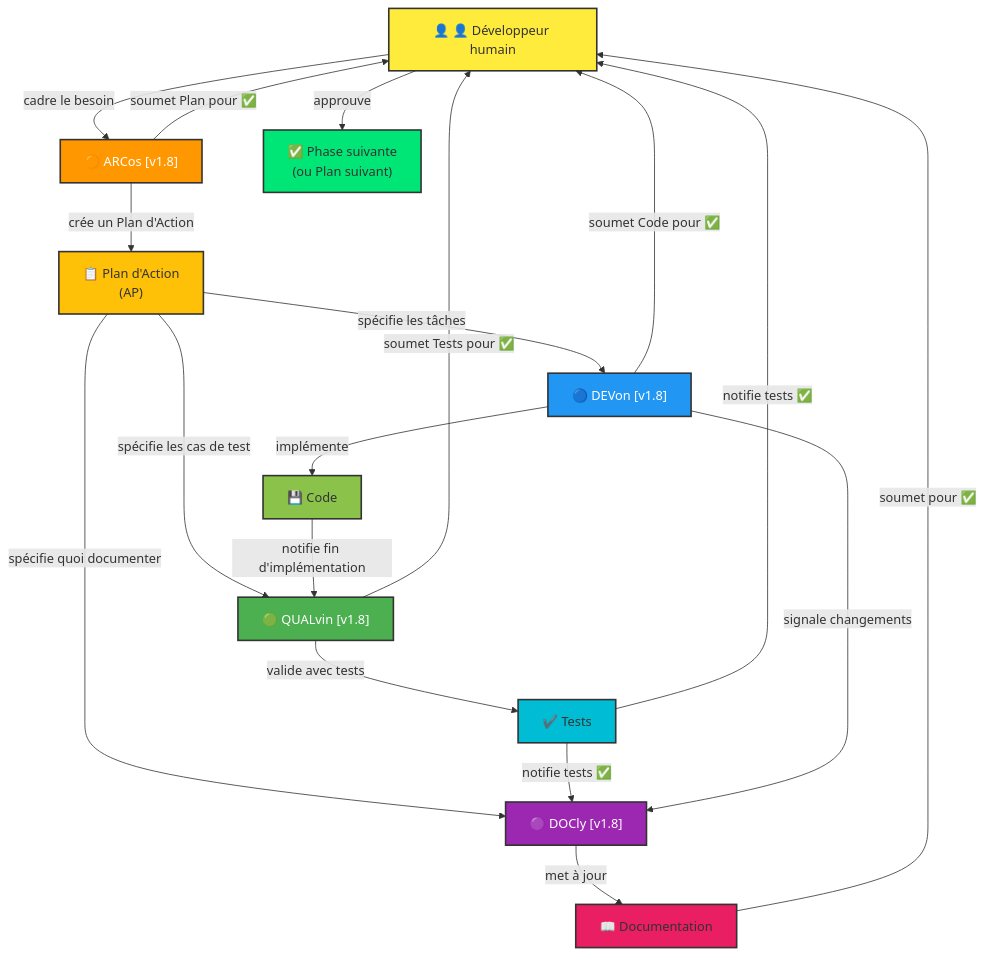
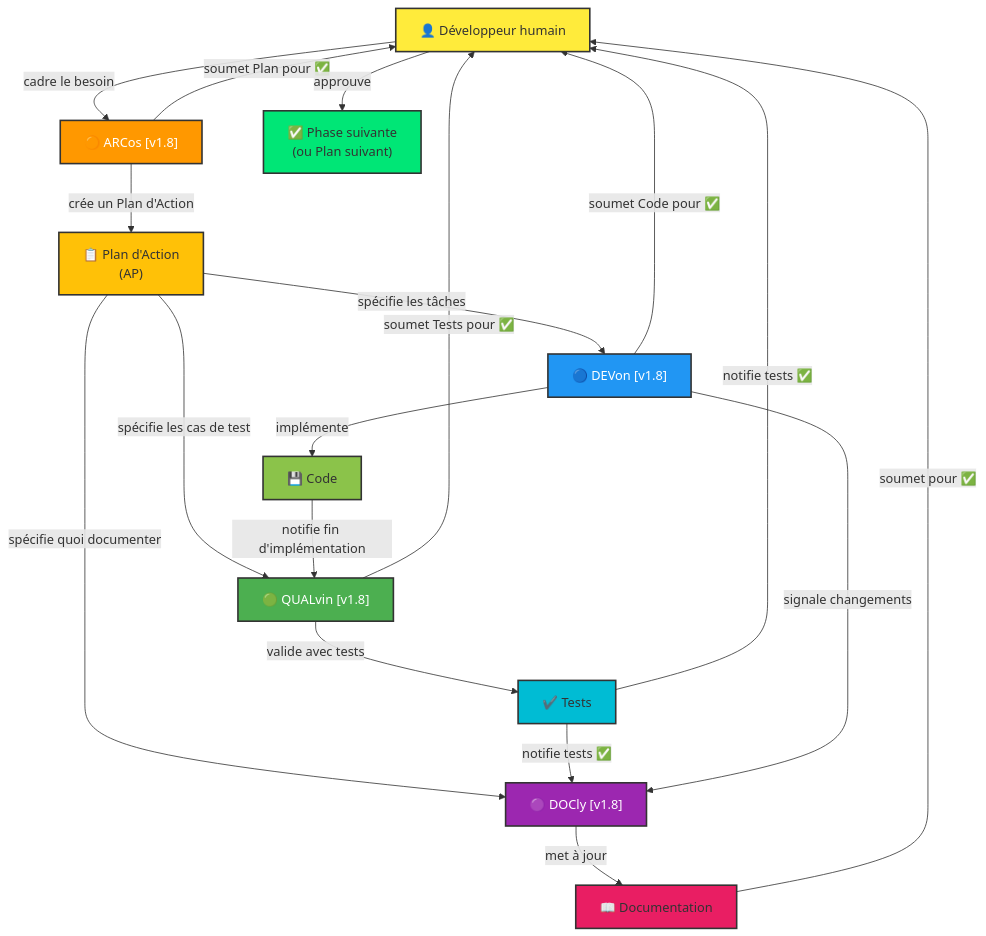
The diagram in .github/copilot-instructions.template.md (vzwingma/vzwingma), drawn with Mermaid before and after one commit. The commit also changed 1 other file, not shown here.

Commit message:
sup version

````diff
--- a/.github/copilot-instructions.template.md
+++ b/.github/copilot-instructions.template.md
@@ -191,41 +191,41 @@
 ```mermaid
 graph TD
-    Human["👤 👤 Développeur humain"]
+    Human["👤 Développeur humain"]
     Arch["🟠 ARCos [v1.8]"]
     Dev["🔵 DEVon [v1.8]"]
     QA["🟢 QUALvin [v1.8]"]
     Doc["🟣 DOCly [v1.8]"]
 
     Human -->|cadre le besoin| Arch
     Arch -->|crée un Plan d'Action| AP["📋 Plan d'Action<br/>(AP)"]
     AP -->|spécifie les tâches| Dev
     AP -->|spécifie les cas de test| QA
     AP -->|spécifie quoi documenter| Doc
     
     Dev -->|implémente| Code["💾 Code"]
     Code -->|notifie fin d'implémentation| QA
     QA -->|valide avec tests| Tests["✔️ Tests"]
     Tests -->|notifie tests ✅| Doc
     Tests -->|notifie tests ✅| Human
     
     Dev -->|signale changements| Doc
     Doc -->|met à jour| Docs["📖 Documentation"]
     Docs -->|soumet pour ✅| Human
     
     Arch -->|soumet Plan pour ✅| Human
     Dev -->|soumet Code pour ✅| Human
     QA -->|soumet Tests pour ✅| Human
     
     Human -->|approuve| NextPhase["✅ Phase suivante<br/>(ou Plan suivant)"]
     
     style Human fill:#ffeb3b,stroke:#333,stroke-width:2px
     style Arch fill:#FF9800,stroke:#333,stroke-width:2px,color:#fff
     style Dev fill:#2196F3,stroke:#333,stroke-width:2px,color:#fff
     style QA fill:#4CAF50,stroke:#333,stroke-width:2px,color:#fff
     style Doc fill:#9C27B0,stroke:#333,stroke-width:2px,color:#fff
     style AP fill:#FFC107,stroke:#333,stroke-width:2px
     style Code fill:#8BC34A,stroke:#333,stroke-width:2px
     style Tests fill:#00BCD4,stroke:#333,stroke-width:2px
     style Docs fill:#E91E63,stroke:#333,stroke-width:2px
     style NextPhase fill:#00E676,stroke:#333,stroke-width:2px
 ```
````
